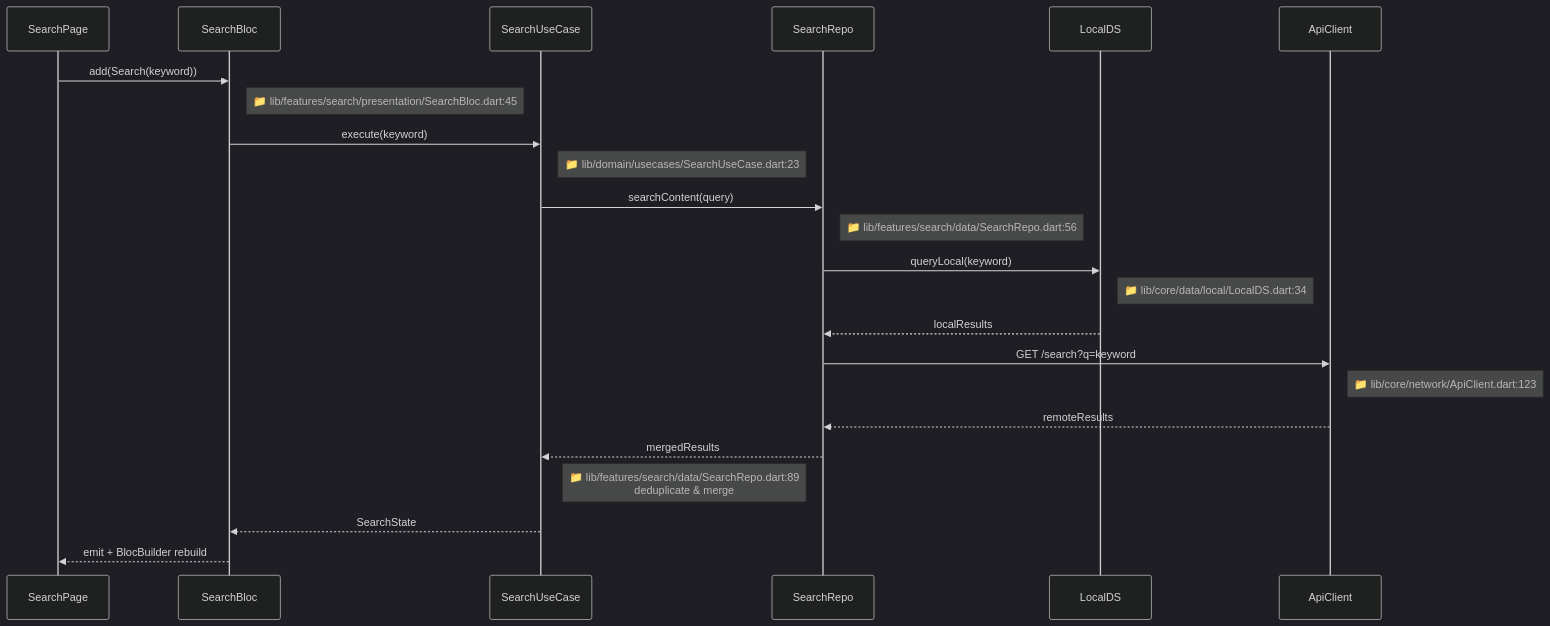
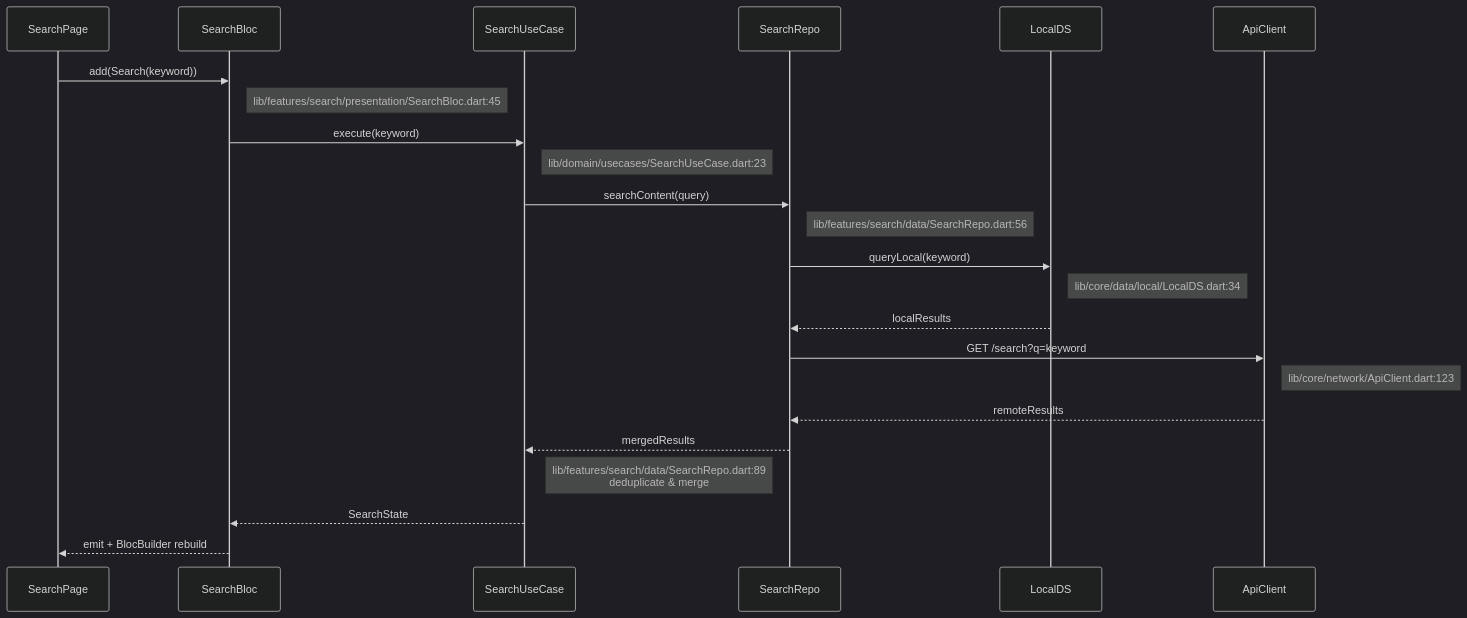
One commit to CaostGrace/project-arch-reverse changed the fourth of 6 diagrams in references/flutter-template.md. Above: the diagram before and after it, drawn with Mermaid (dark theme). The commit also changed other lines of this file and 10 other files, not shown here.

Commit message:
fix: 修复 12.1 流程图 Mermaid 渲染问题 - 结构重组+节点引号+形状修复

````diff
--- a/references/flutter-template.md
+++ b/references/flutter-template.md
@@ -349,26 +364,26 @@
 ```mermaid
 sequenceDiagram
     participant UI as SearchPage
     participant Bloc as SearchBloc
     participant UC as SearchUseCase
     participant Repo as SearchRepo
     participant Local as LocalDS
     participant Remote as ApiClient
 
     UI->>Bloc: add(Search(keyword))
-    Note right of Bloc: 📁 lib/features/search/presentation/SearchBloc.dart:45
+    Note right of Bloc:  lib/features/search/presentation/SearchBloc.dart:45
     Bloc->>UC: execute(keyword)
-    Note right of UC: 📁 lib/domain/usecases/SearchUseCase.dart:23
+    Note right of UC:  lib/domain/usecases/SearchUseCase.dart:23
     UC->>Repo: searchContent(query)
-    Note right of Repo: 📁 lib/features/search/data/SearchRepo.dart:56
+    Note right of Repo:  lib/features/search/data/SearchRepo.dart:56
     Repo->>Local: queryLocal(keyword)
-    Note right of Local: 📁 lib/core/data/local/LocalDS.dart:34
+    Note right of Local:  lib/core/data/local/LocalDS.dart:34
     Local-->>Repo: localResults
     Repo->>Remote: GET /search?q=keyword
-    Note right of Remote: 📁 lib/core/network/ApiClient.dart:123
+    Note right of Remote:  lib/core/network/ApiClient.dart:123
     Remote-->>Repo: remoteResults
     Repo-->>UC: mergedResults
-    Note left of Repo: 📁 lib/features/search/data/SearchRepo.dart:89<br/>deduplicate & merge
+    Note left of Repo:  lib/features/search/data/SearchRepo.dart:89<br>deduplicate & merge
     UC-->>Bloc: SearchState
     Bloc-->>UI: emit + BlocBuilder rebuild
 ```
````
